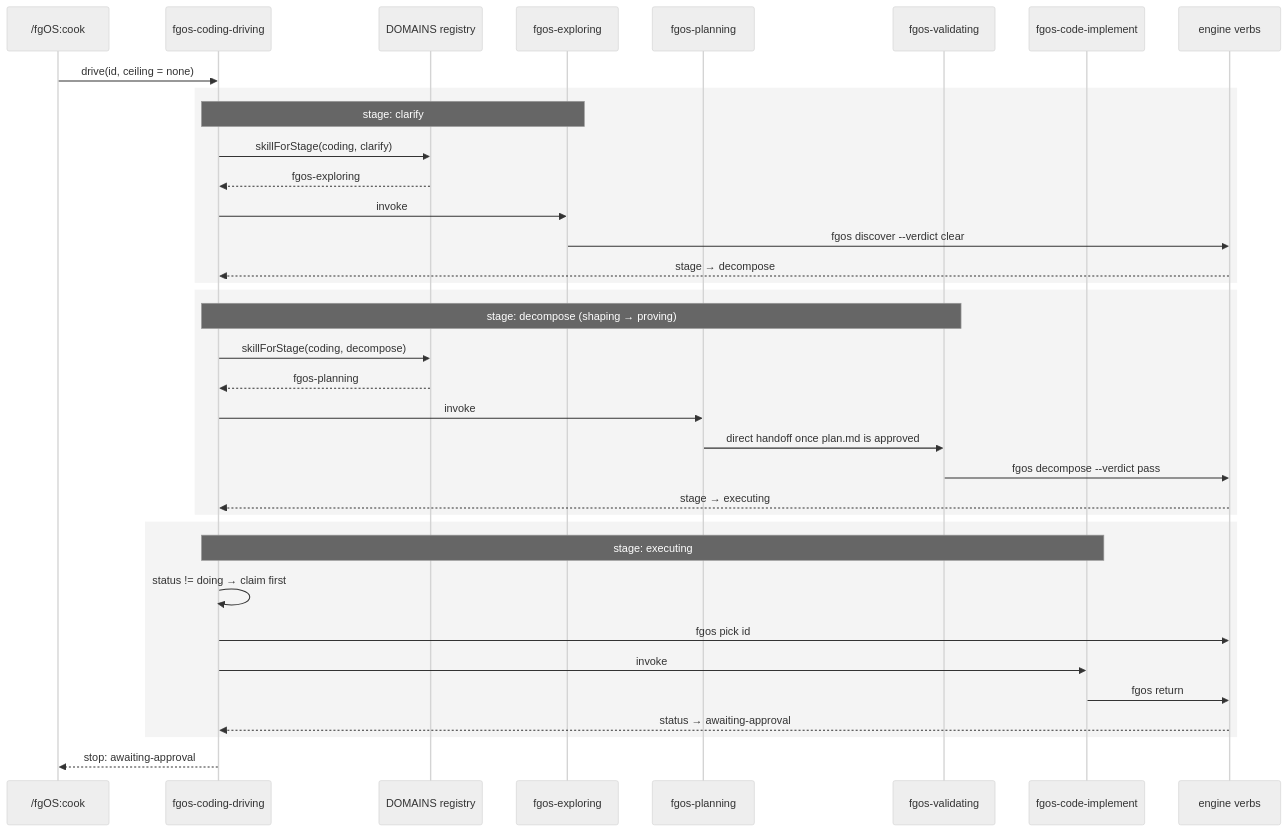
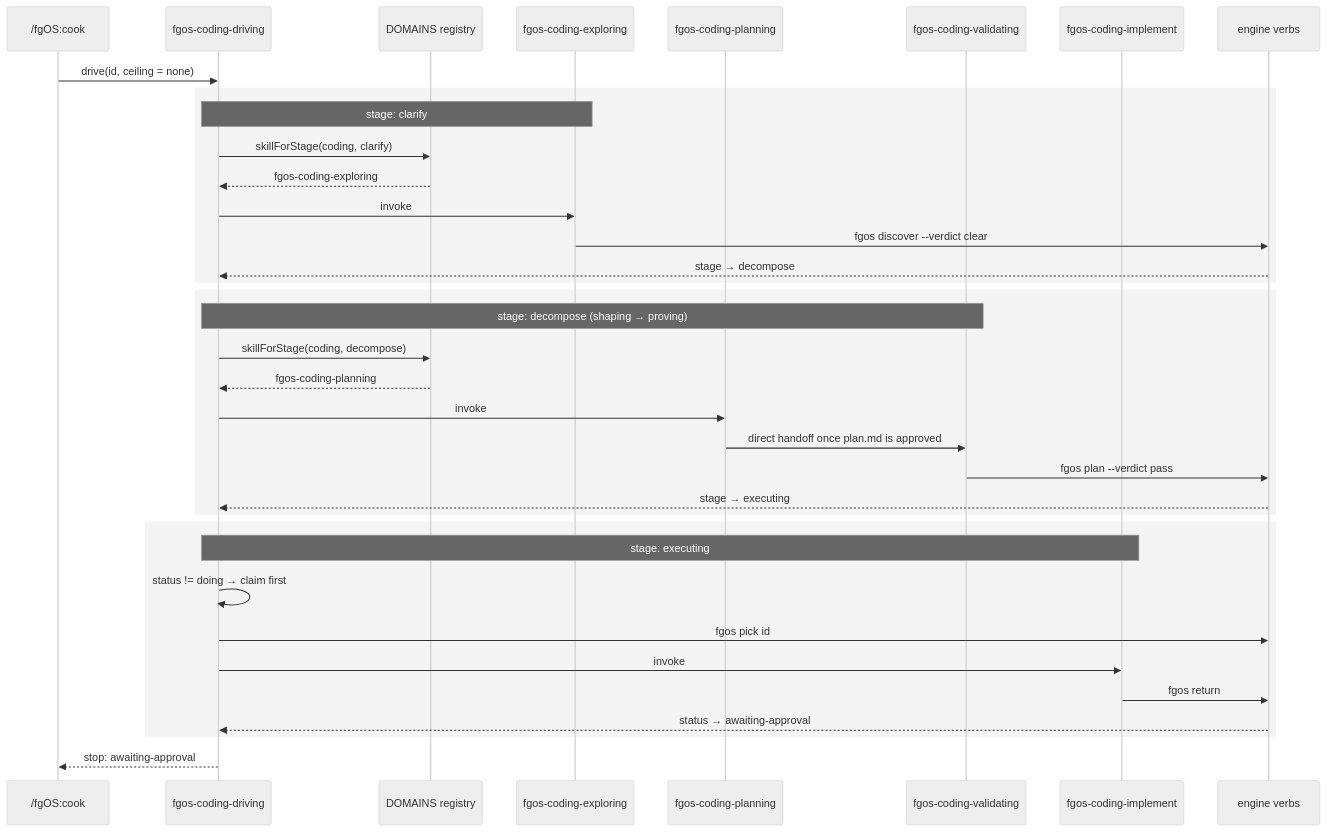
One commit to vantt/forgent changed the fourth of 5 diagrams in plans/reports/internal-research-260804-1230-routing-coding-driving-domain-gap-plan-report.md. Above: the diagram before and after it, drawn with Mermaid (neutral theme). The commit also changed other lines of this file and 671 other files, not shown here.

````diff
--- a/plans/reports/internal-research-260804-1230-routing-coding-driving-domain-gap-plan-report.md
+++ b/plans/reports/internal-research-260804-1230-routing-coding-driving-domain-gap-plan-report.md
@@ -399,43 +399,43 @@
 ```mermaid
 sequenceDiagram
   participant Cook as /fgOS:cook
   participant Drive as fgos-coding-driving
   participant Reg as DOMAINS registry
-  participant Explore as fgos-exploring
-  participant Plan as fgos-planning
-  participant Valid as fgos-validating
-  participant Exec as fgos-code-implement
+  participant Explore as fgos-coding-exploring
+  participant Plan as fgos-coding-planning
+  participant Valid as fgos-coding-validating
+  participant Exec as fgos-coding-implement
   participant Engine as engine verbs
 
   Cook->>Drive: drive(id, ceiling = none)
 
   rect rgba(120,120,120,0.08)
   note over Drive,Explore: stage: clarify
   Drive->>Reg: skillForStage(coding, clarify)
-  Reg-->>Drive: fgos-exploring
+  Reg-->>Drive: fgos-coding-exploring
   Drive->>Explore: invoke
   Explore->>Engine: fgos discover --verdict clear
   Engine-->>Drive: stage → decompose
   end
 
   rect rgba(120,120,120,0.08)
   note over Drive,Valid: stage: decompose (shaping → proving)
   Drive->>Reg: skillForStage(coding, decompose)
-  Reg-->>Drive: fgos-planning
+  Reg-->>Drive: fgos-coding-planning
   Drive->>Plan: invoke
   Plan->>Valid: direct handoff once plan.md is approved
-  Valid->>Engine: fgos decompose --verdict pass
+  Valid->>Engine: fgos plan --verdict pass
   Engine-->>Drive: stage → executing
   end
 
   rect rgba(120,120,120,0.08)
   note over Drive,Exec: stage: executing
   Drive->>Drive: status != doing → claim first
   Drive->>Engine: fgos pick id
   Drive->>Exec: invoke
   Exec->>Engine: fgos return
   Engine-->>Drive: status → awaiting-approval
   end
 
   Drive-->>Cook: stop: awaiting-approval
 ```
````
